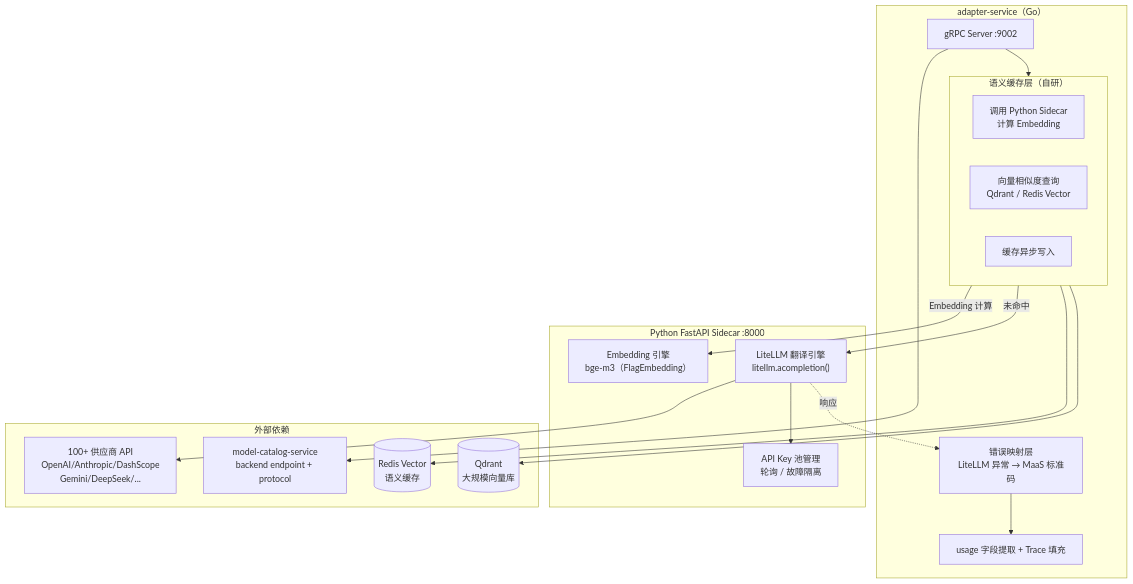
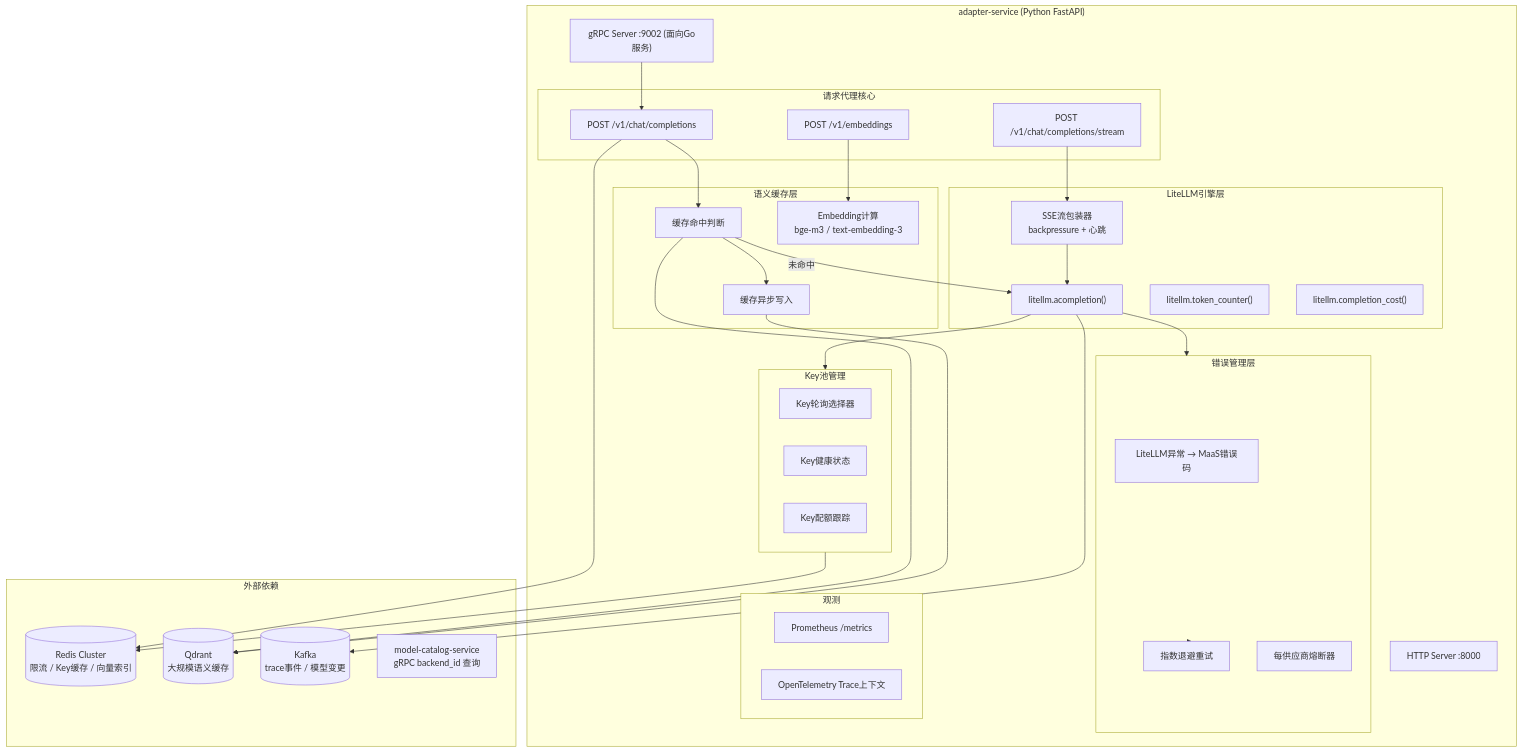
The first of 2 diagrams in 05-开发设计/01-后端设计/微服务设计/04-adapter-service详细设计.md (kate1128/OpenMaas), drawn with Mermaid before and after one commit. The commit also changed other lines of this file and 11239 other files, not shown here.

````diff
--- a/05-开发设计/01-后端设计/微服务设计/04-adapter-service详细设计.md
+++ b/05-开发设计/01-后端设计/微服务设计/04-adapter-service详细设计.md
@@ -41,39 +39,67 @@
 ```mermaid
 graph TD
-    subgraph AS["adapter-service（Go）"]
-        GrpcServer["gRPC Server :9002"]
+    subgraph AS["adapter-service (Python FastAPI)"]
+        HttpServer["HTTP Server :8000"]
+        GrpcServer["gRPC Server :9002 (面向Go服务)"]
 
-        subgraph CacheLayer["语义缓存层（自研）"]
-            EmbeddingCall["调用 Python Sidecar\n计算 Embedding"]
-            VectorStore["向量相似度查询\nQdrant / Redis Vector"]
-            CacheWriter["缓存异步写入"]
+        subgraph Proxy["请求代理核心"]
+            CallHandler["POST /v1/chat/completions"]
+            StreamHandler["POST /v1/chat/completions/stream"]
+            EmbedHandler["POST /v1/embeddings"]
         end
 
-        ErrorMapper["错误映射层\nLiteLLM 异常 → MaaS 标准码"]
-        UsageExtractor["usage 字段提取 + Trace 填充"]
-    end
+        subgraph LiteLLMEngine["LiteLLM引擎层"]
+            LLMClient["litellm.acompletion()"]
+            StreamWrapper[SSE流包装器\nbackpressure + 心跳]
+            TokenCounter["litellm.token_counter()"]
+            CostCalc["litellm.completion_cost()"]
+        end
 
-    subgraph PySidecar["Python FastAPI Sidecar :8000"]
-        LiteLLMEngine["LiteLLM 翻译引擎\nlitellm.acompletion()"]
-        EmbeddingEngine["Embedding 引擎\nbge-m3（FlagEmbedding）"]
-        KeyPoolMgr["API Key 池管理\n轮询 / 故障隔离"]
+        subgraph CacheLayer["语义缓存层"]
+            CacheChecker[缓存命中判断]
+            CacheWriter[缓存异步写入]
+            EmbeddingCalc["Embedding计算\nbge-m3 / text-embedding-3"]
+        end
+
+        subgraph KeyPool["Key池管理"]
+            KeySelector[Key轮询选择器]
+            KeyHealth[Key健康状态]
+            KeyQuotaTracker[Key配额跟踪]
+        end
+
+        subgraph ErrorMgr["错误管理层"]
+            LiteLLMErrMap["LiteLLM异常 → MaaS错误码"]
+            RetryEngine["指数退避重试"]
+            CircuitBreaker["每供应商熔断器"]
+        end
+
+        subgraph Metrics["观测"]
+            PromMetrics["Prometheus /metrics"]
+            TraceInjection["OpenTelemetry Trace上下文"]
+        end
+
+        GrpcServer --> CallHandler
+        CallHandler --> CacheChecker
+        CacheChecker -->|未命中| LLMClient
+        LLMClient --> KeyPool
+        LLMClient --> ErrorMgr
+        ErrorMgr --> RetryEngine
+        StreamHandler --> StreamWrapper
+        StreamWrapper --> LLMClient
+        CacheChecker --> CacheWriter
+        EmbedHandler --> EmbeddingCalc
     end
 
     subgraph Deps["外部依赖"]
-        ModelCatalog["model-catalog-service\nbackend endpoint + protocol"]
-        VendorAPI["100+ 供应商 API\nOpenAI/Anthropic/DashScope\nGemini/DeepSeek/..."]
-        Redis[("Redis Vector\n语义缓存")]
-        Qdrant[("Qdrant\n大规模向量库")]
+        Redis[(Redis Cluster\n限流 / Key缓存 / 向量索引)]
+        Qdrant[(Qdrant\n大规模语义缓存)]
+        Kafka[(Kafka\ntrace事件 / 模型变更)]
+        ModelCatalog[model-catalog-service\ngRPC backend_id 查询]
     end
 
-    GrpcServer --> CacheLayer
-    CacheLayer -->|Embedding 计算| EmbeddingEngine
-    CacheLayer -->|未命中| LiteLLMEngine
-    LiteLLMEngine --> VendorAPI
-    LiteLLMEngine --> KeyPoolMgr
-    GrpcServer --> ModelCatalog
-    CacheLayer --> Redis
-    CacheLayer --> Qdrant
-    LiteLLMEngine -.->|响应| ErrorMapper
-    ErrorMapper --> UsageExtractor
+    CallHandler --> Redis
+    CacheChecker --> Qdrant
+    CacheWriter --> Qdrant
+    KeyPool --> Redis
+    LLMClient --> Kafka
 ```
````
